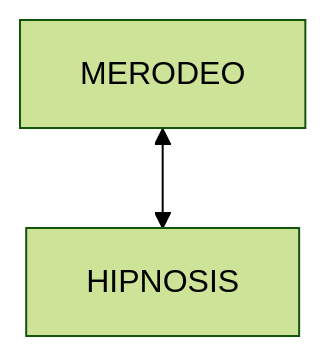
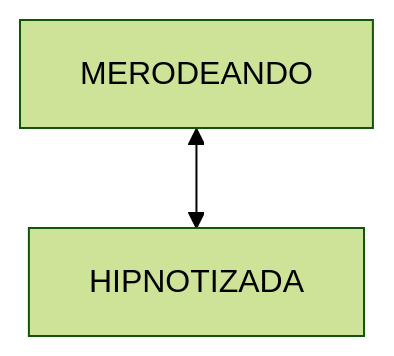
The first of 3 diagrams in README.md (IAV26-G09/IAV26-G09-P1), drawn with Mermaid (forest theme) before and after one commit. The commit also changed other lines of this file and 5 other files, not shown here.

````diff
--- a/README.md
+++ b/README.md
@@ -62,4 +65,4 @@
 ```mermaid
 graph TD;
-  MERODEO<-->HIPNOSIS;
+  MERODEANDO<-->HIPNOTIZADA;
 ```
````
